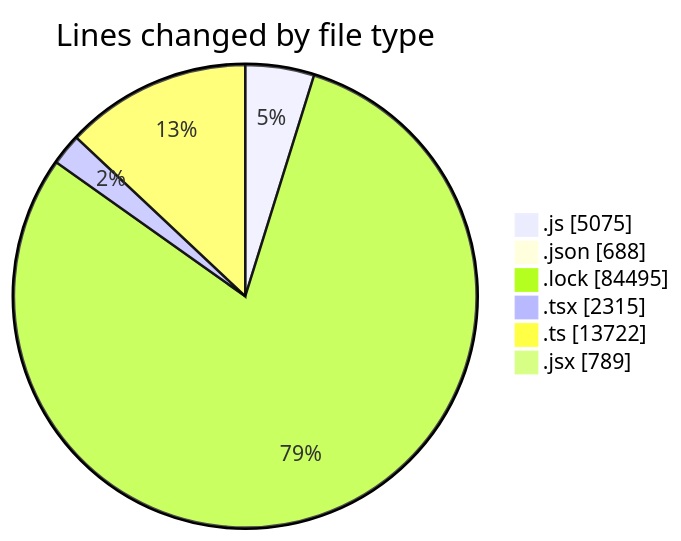
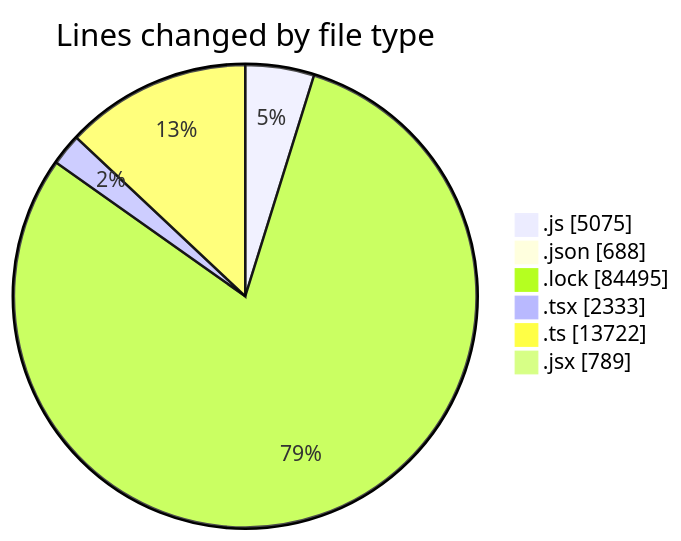
Before and after one commit to momahboobian/code-tracking: the first of 2 diagrams in 2025-12-18/cda/README.md, drawn with Mermaid. The commit also changed other lines of this file and 1 other file, not shown here.

````diff
--- a/2025-12-18/cda/README.md
+++ b/2025-12-18/cda/README.md
@@ -87,10 +87,10 @@
 ```mermaid
 pie showData
 title Lines changed by file type
 ".js" : 5075
 ".json" : 688
 ".lock" : 84495
-".tsx" : 2315
+".tsx" : 2333
 ".ts" : 13722
 ".jsx" : 789
 ```
````
